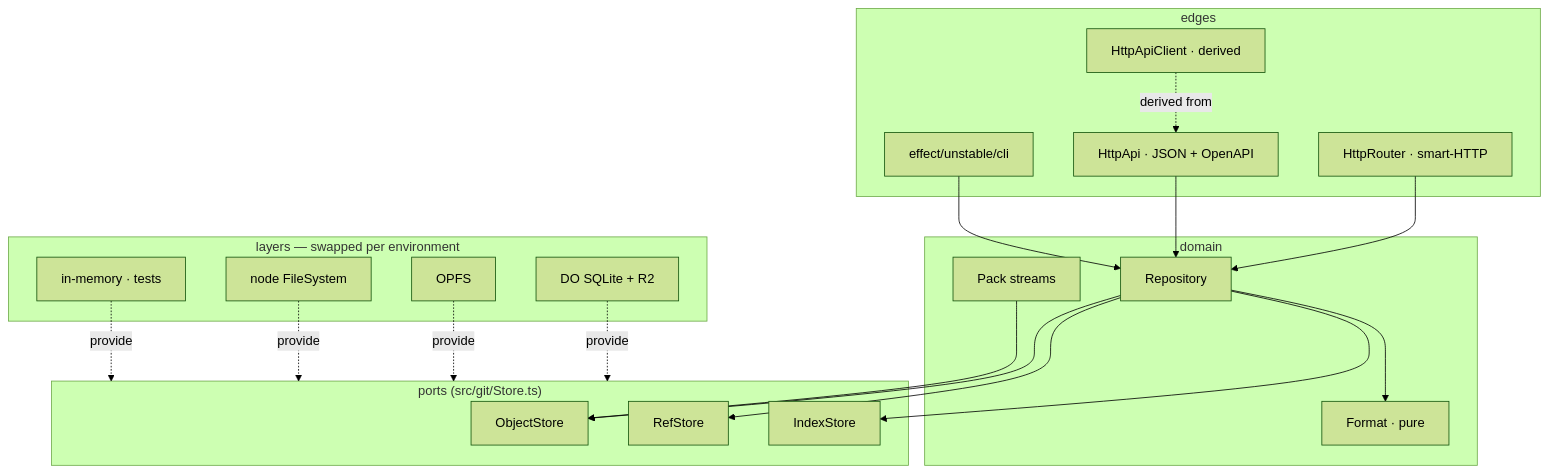
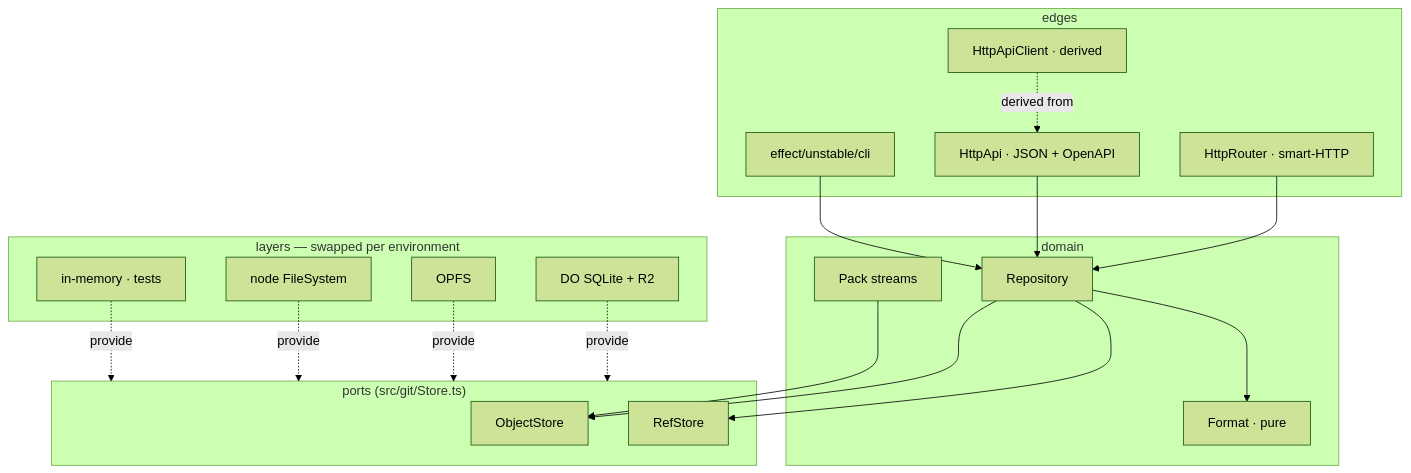
The diagram in docs/rewrite.md (chr33s/git), drawn with Mermaid (forest theme) before and after one commit. The commit also changed other lines of this file and 1 other file, not shown here.

````diff
--- a/docs/rewrite.md
+++ b/docs/rewrite.md
@@ -140,37 +140,36 @@
 ```mermaid
 flowchart TB
 	subgraph ports["ports (src/git/Store.ts)"]
 		OS[ObjectStore]
 		RS[RefStore]
-		IS[IndexStore]
 	end
 
 	subgraph domain["domain"]
 		REPO[Repository]
 		PACK[Pack streams]
 		FMT[Format · pure]
 	end
 
 	subgraph edges["edges"]
 		PROTO[HttpRouter · smart-HTTP]
 		API[HttpApi · JSON + OpenAPI]
 		CLI[effect/unstable/cli]
 		CLIENT[HttpApiClient · derived]
 	end
 
 	subgraph layers["layers — swapped per environment"]
 		CF[DO SQLite + R2]
 		OPFS[OPFS]
 		NODE[node FileSystem]
 		MEM[in-memory · tests]
 	end
 
 	PROTO --> REPO
 	API --> REPO
 	CLI --> REPO
 	CLIENT -.derived from.-> API
-	REPO --> OS & RS & IS
+	REPO --> OS & RS
 	REPO --> FMT
 	PACK --> OS
 	CF & OPFS & NODE & MEM -.provide.-> ports
 ```
````
